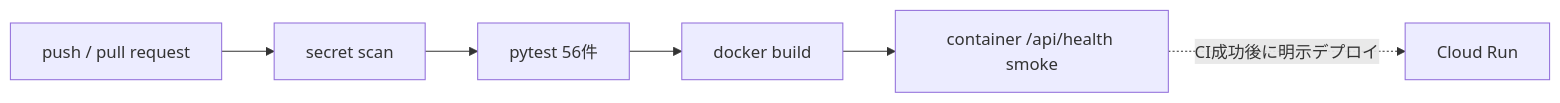
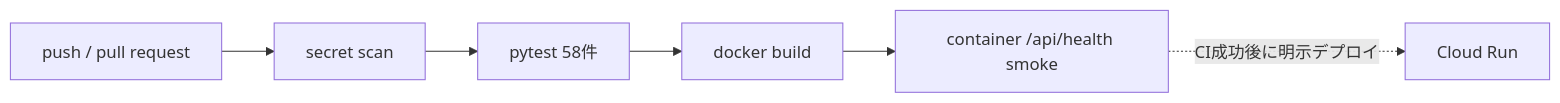
The second of 2 diagrams in docs/protopedia_replacement.md (souzoku-lab/souzoku-shield), drawn with Mermaid before and after one commit. The commit also changed 7 other files, not shown here.

````diff
--- a/docs/protopedia_replacement.md
+++ b/docs/protopedia_replacement.md
@@ -38,8 +38,8 @@
 ```mermaid
 flowchart LR
     P[push / pull request] --> S[secret scan]
-    S --> T[pytest 56件]
+    S --> T[pytest 58件]
     T --> B[docker build]
     B --> H[container /api/health smoke]
     H -. CI成功後に明示デプロイ .-> C[Cloud Run]
 ```
````
